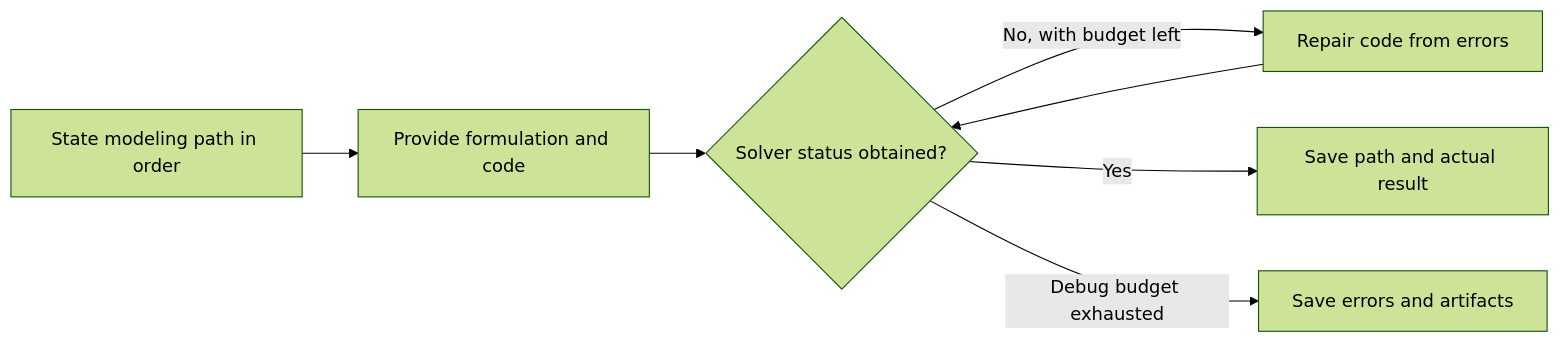
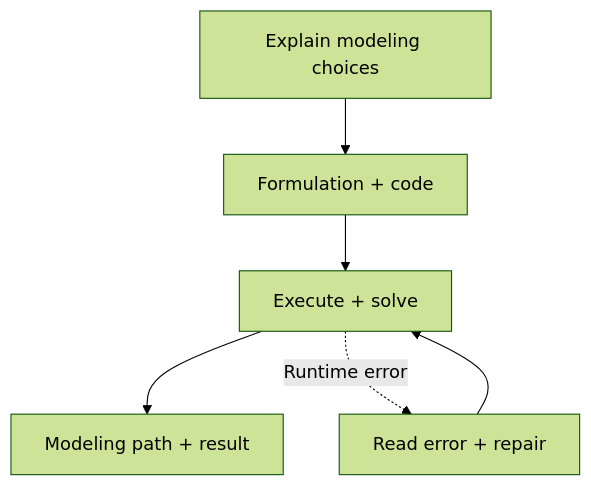
The diagram in website/content/en/orthought.md (Fangziyang0910/LLM4OM), drawn with Mermaid (forest theme) before and after one commit. The commit also changed other lines of this file and 231 other files, not shown here.

````diff
--- a/website/content/en/orthought.md
+++ b/website/content/en/orthought.md
@@ -11,9 +11,11 @@
 ```mermaid
-flowchart LR
-  Path["State modeling path in order"] --> Form["Provide formulation and code"]
-  Form --> Execute{"Solver status obtained?"}
-  Execute -->|No, with budget left| Debug["Repair code from errors"]
+flowchart TB
+  Path["Explain modeling choices"]
+  Form["Formulation + code"]
+  Execute["Execute + solve"]
+  Debug["Read error + repair"]
+  Finish["Modeling path + result"]
+  Path --> Form --> Execute --> Finish
+  Execute -.->|Runtime error| Debug
   Debug --> Execute
-  Execute -->|Yes| Finish["Save path and actual result"]
-  Execute -->|Debug budget exhausted| Failed["Save errors and artifacts"]
 ```
````
